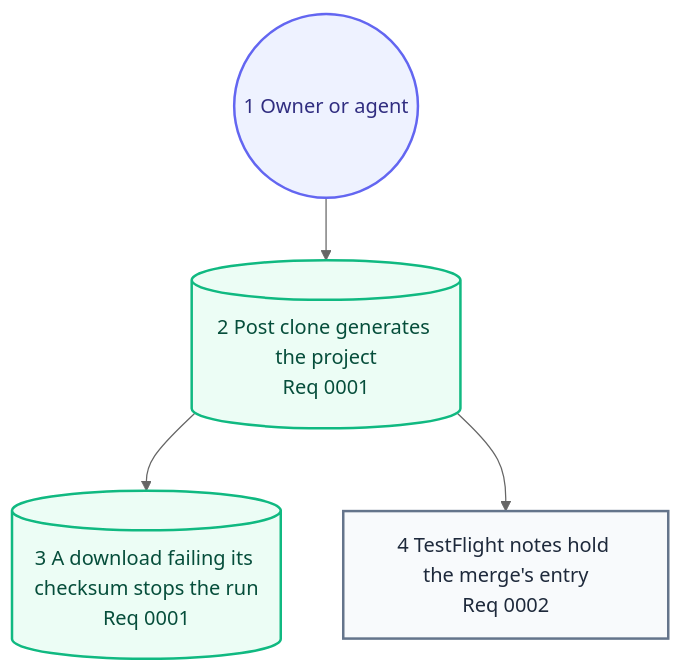
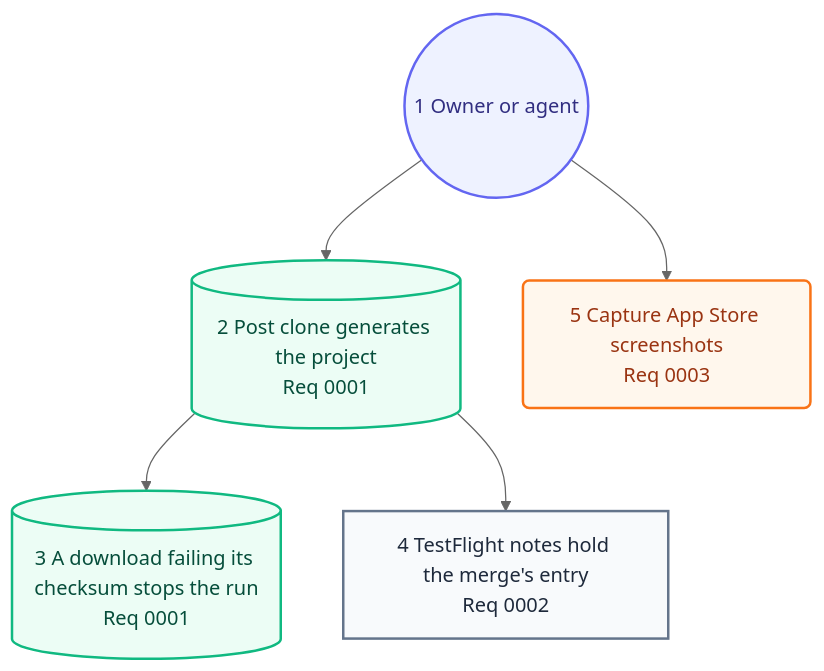
Before and after one commit to may-journal/xcode-tooling: the second of 2 diagrams in docs/architecture/05-user-journey.md, drawn with Mermaid (neutral theme). The commit also changed other lines of this file and 11 other files, not shown here.

Commit message:
feat(screenshots): capture App Store screenshots for any app

````diff
--- a/docs/architecture/05-user-journey.md
+++ b/docs/architecture/05-user-journey.md
@@ -32,16 +32,18 @@
 ```mermaid
 flowchart TB
     owner((1 Owner or agent)):::persona
     clone[(2 Post clone generates the project<br/>Req 0001)]:::system
     mismatch[(3 A download failing its checksum stops the run<br/>Req 0001)]:::system
     notes[4 TestFlight notes hold the merge's entry<br/>Req 0002]:::screen
+    shots(5 Capture App Store screenshots<br/>Req 0003):::action
 
     owner --> clone
     clone --> mismatch
     clone --> notes
+    owner --> shots
 
     classDef persona fill:#eef2ff,stroke:#6366f1,color:#312e81,stroke-width:2px
     classDef screen fill:#f8fafc,stroke:#64748b,color:#1e293b,stroke-width:2px
     classDef action fill:#fff7ed,stroke:#f97316,color:#9a3412,stroke-width:2px
     classDef system fill:#ecfdf5,stroke:#10b981,color:#064e3b,stroke-width:2px
 ```
````
